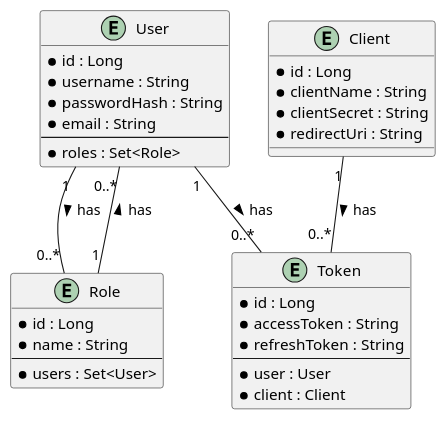
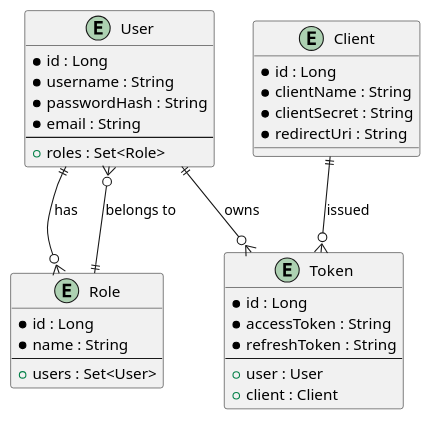
One commit to Dinesh-s95/AutoDoc.ai changed the sixth of 6 diagrams in identityprovider/documentation/detaileddesign.adoc. Above: the diagram before and after it, drawn with PlantUML. The commit also changed other lines of this file and 4 other files, not shown here.

````diff
--- a/identityprovider/documentation/detaileddesign.adoc
+++ b/identityprovider/documentation/detaileddesign.adoc
@@ -444,41 +416,40 @@
-[plantuml, "entity-relationship-diagram", png]
-----
+```plantuml
 @startuml
-entity User {
-  * id : Long
-  * username : String
-  * passwordHash : String
-  * email : String
+entity "User" as User {
+  *id : Long
+  *username : String
+  *passwordHash : String
+  *email : String
   --
-  * roles : Set<Role>
+  +roles : Set<Role>
 }
 
-entity Role {
-  * id : Long
-  * name : String
+entity "Role" as Role {
+  *id : Long
+  *name : String
   --
-  * users : Set<User>
+  +users : Set<User>
 }
 
-entity Client {
-  * id : Long
-  * clientName : String
-  * clientSecret : String
-  * redirectUri : String
+entity "Client" as Client {
+  *id : Long
+  *clientName : String
+  *clientSecret : String
+  *redirectUri : String
 }
 
-entity Token {
-  * id : Long
-  * accessToken : String
-  * refreshToken : String
+entity "Token" as Token {
+  *id : Long
+  *accessToken : String
+  *refreshToken : String
   --
-  * user : User
-  * client : Client
+  +user : User
+  +client : Client
 }
 
-User "1" -- "0..*" Role : has >
-Role "1" -- "0..*" User : has >
-User "1" -- "0..*" Token : has >
-Client "1" -- "0..*" Token : has >
+User ||--o{ Role : has
+Role ||--o{ User : belongs to
+User ||--o{ Token : owns
+Client ||--o{ Token : issued
 @enduml
-----
+```
````
